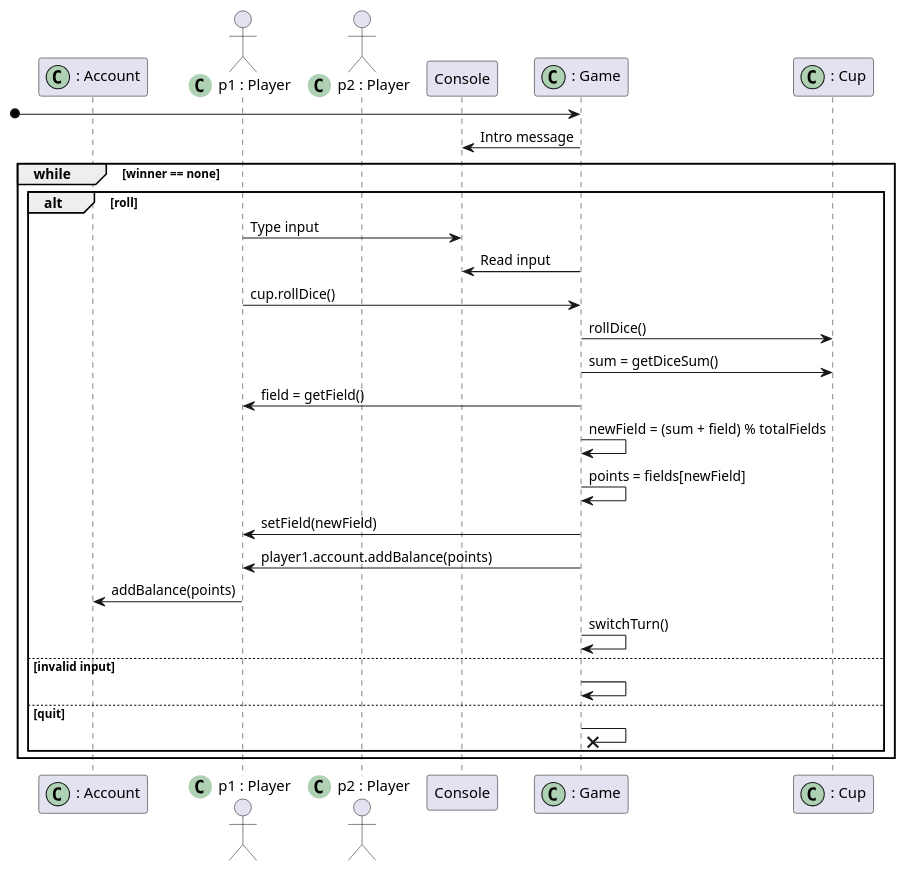
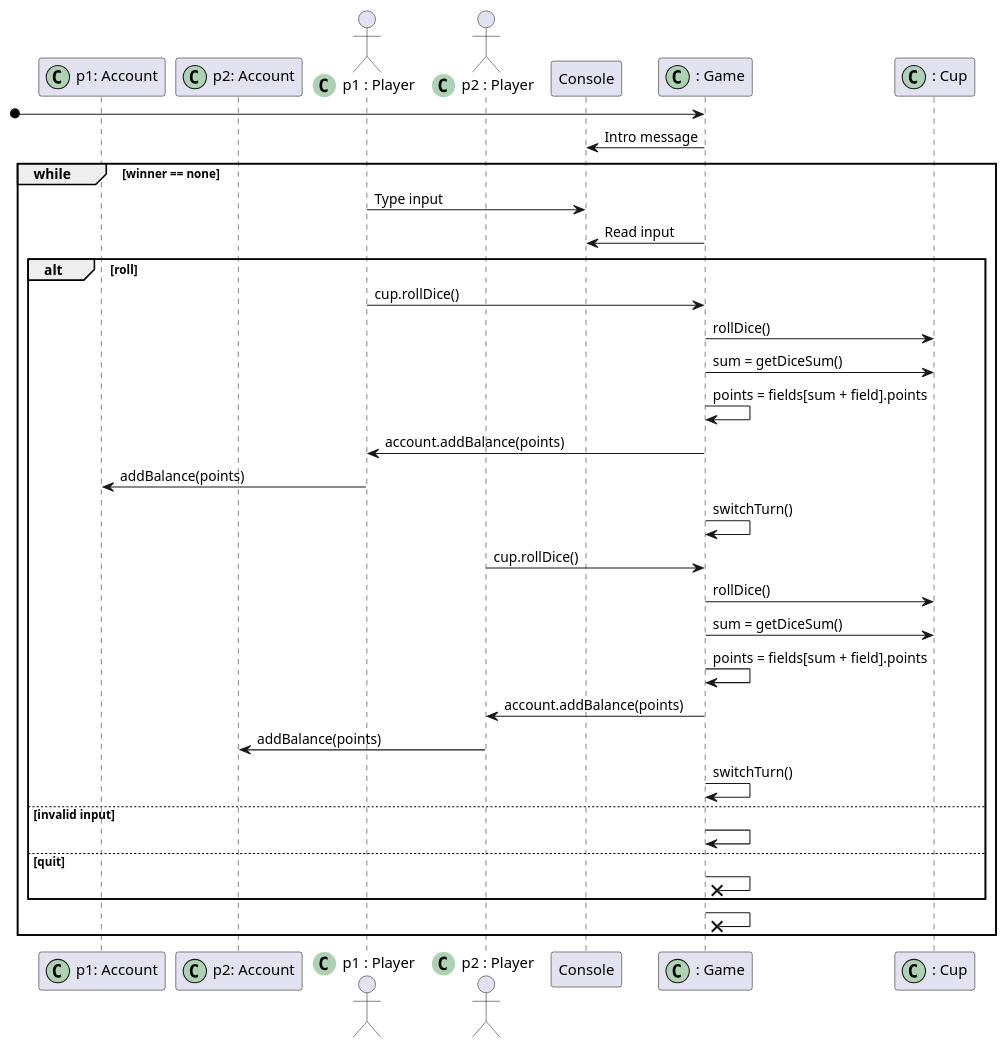
Before and after one commit to CDIO-gruppe-13/CDIO-Del-2: the diagram in system_sequence_diagram.wsd, drawn with PlantUML.

Commit message:
added details

```diff
--- a/system_sequence_diagram.wsd
+++ b/system_sequence_diagram.wsd
@@ -1,34 +1,40 @@
 @startuml system_sequence_diagram
 
-participant ": Account" <<(C,#ADD1B2)>>
+participant "p1: Account" <<(C,#ADD1B2)>>
+participant "p2: Account" <<(C,#ADD1B2)>>
 actor "p1 : Player" <<(C,#ADD1B2)>>
 actor "p2 : Player" <<(C,#ADD1B2)>>
 participant Console
 participant ": Game" <<(C,#ADD1B2)>>
 participant ": Cup" <<(C,#ADD1B2)>>
 
 [o-> ": Game"
 ": Game" -> Console: Intro message
 
 group while [winner == none]
-    alt roll
         {roll} "p1 : Player" -> Console: Type input
         ": Game" -> Console: Read input
+    alt roll
         "p1 : Player" -> ": Game": cup.rollDice()
         ": Game" -> ": Cup": rollDice()
         ": Game" -> ": Cup": sum = getDiceSum()
-        ": Game" -> "p1 : Player": field = getField()
-        ": Game" -> ": Game": newField = (sum + field) % totalFields
-        ": Game" -> ": Game": points = fields[newField]
-        ": Game" -> "p1 : Player": setField(newField)
-        ": Game" -> "p1 : Player": player1.account.addBalance(points)
-        "p1 : Player" -> ": Account": addBalance(points)
+        ": Game" -> ": Game": points = fields[sum + field].points
+        ": Game" -> "p1 : Player": account.addBalance(points)
+        "p1 : Player" -> "p1: Account": addBalance(points)
+        ": Game" -> ": Game": switchTurn()
+        "p2 : Player" -> ": Game": cup.rollDice()
+        ": Game" -> ": Cup": rollDice()
+        ": Game" -> ": Cup": sum = getDiceSum()
+        ": Game" -> ": Game": points = fields[sum + field].points
+        ": Game" -> "p2 : Player": account.addBalance(points)
+        "p2 : Player" -> "p2: Account": addBalance(points)
         ": Game" -> ": Game": switchTurn()
     else invalid input
         ": Game" -> ": Game"
     else quit
         ": Game" ->x ": Game"
     end
+    ": Game" ->x ": Game"
 end
 
 @enduml
```
